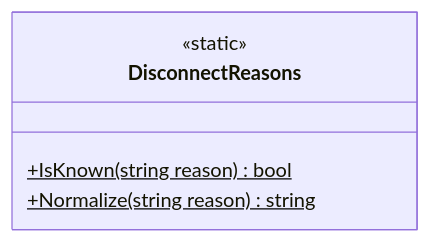
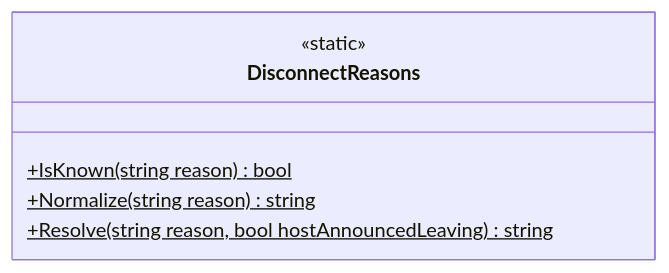
The diagram in Docs/Arquitectura/Clases/Networking/DisconnectReasons.md (Chacashi/Alien-Farms), drawn with Mermaid before and after one commit. The commit also changed other lines of this file and 257 other files, not shown here.

````diff
--- a/Docs/Arquitectura/Clases/Networking/DisconnectReasons.md
+++ b/Docs/Arquitectura/Clases/Networking/DisconnectReasons.md
@@ -15,10 +15,11 @@
 ```mermaid
 classDiagram
   direction LR
   class DisconnectReasons {
     <<static>>
     +IsKnown(string reason)$ bool
     +Normalize(string reason)$ string
+    +Resolve(string reason, bool hostAnnouncedLeaving)$ string
   }
   classDef external fill:#eee,stroke:#999,stroke-dasharray: 4 3,color:#555
 ```
````
